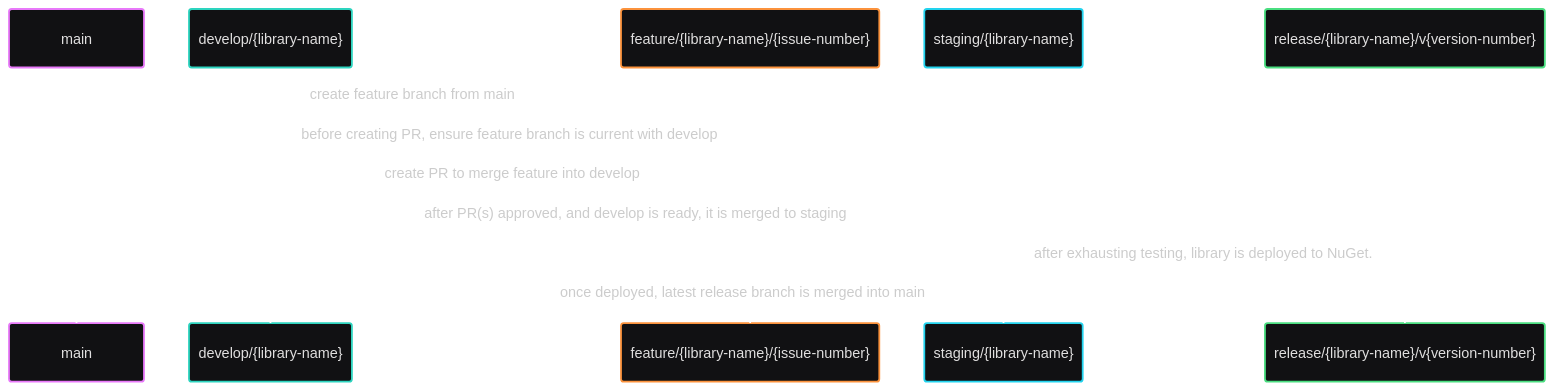
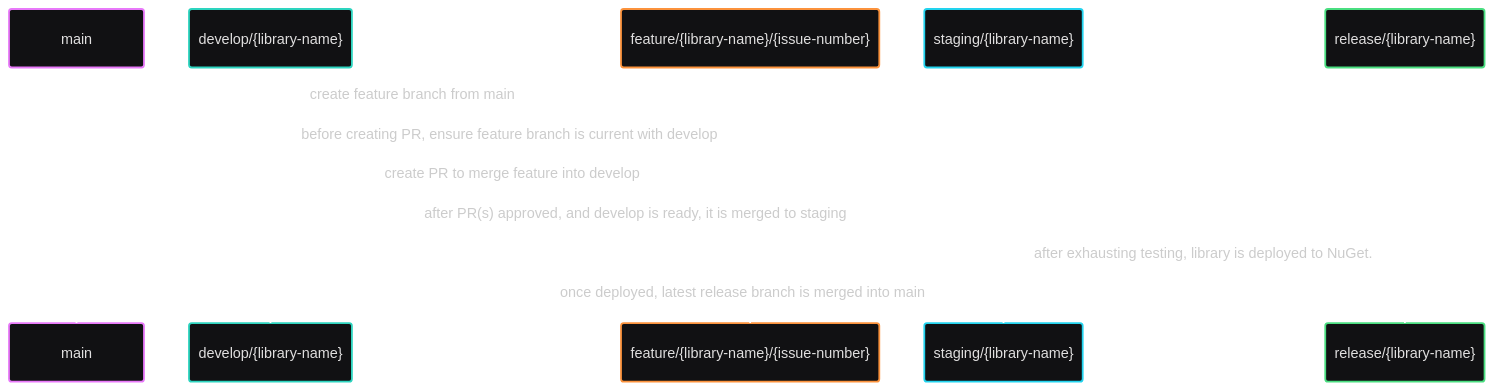
One commit to JustinianErdmier/Erdmier.DomainCore changed the diagram in README.md. Above: the diagram before and after it, drawn with Mermaid. The commit also changed other lines of this file, not shown here.

````diff
--- a/README.md
+++ b/README.md
@@ -109,24 +110,24 @@
 ```mermaid
 ---
 config:
   theme: redux-dark-color
   look: classic
 ---
 sequenceDiagram
   participant m as main
   participant d as develop/{library-name}
   participant f as feature/{library-name}/{issue-number}
   participant s as staging/{library-name}
-  participant r as release/{library-name}/v{version-number}
+  participant r as release/{library-name}
   %%participant h as hotfix/{library-name}/{issue-number}
 
   m->>f: create feature branch from main
   d->>f: before creating PR, ensure feature branch is current with develop
   f->>d: create PR to merge feature into develop
   d->>s: after PR(s) approved, and develop is ready, it is merged to staging
   s->>r: after exhausting testing, library is deployed to NuGet.
   r->>m: once deployed, latest release branch is merged into main
   %%r->>h: from version needing immediate fix, create hotfix branch for issue
   %%h->>r: after thorough testing, release hotfix to new release version
   %%r->>m: add changes to main
 ```
````
